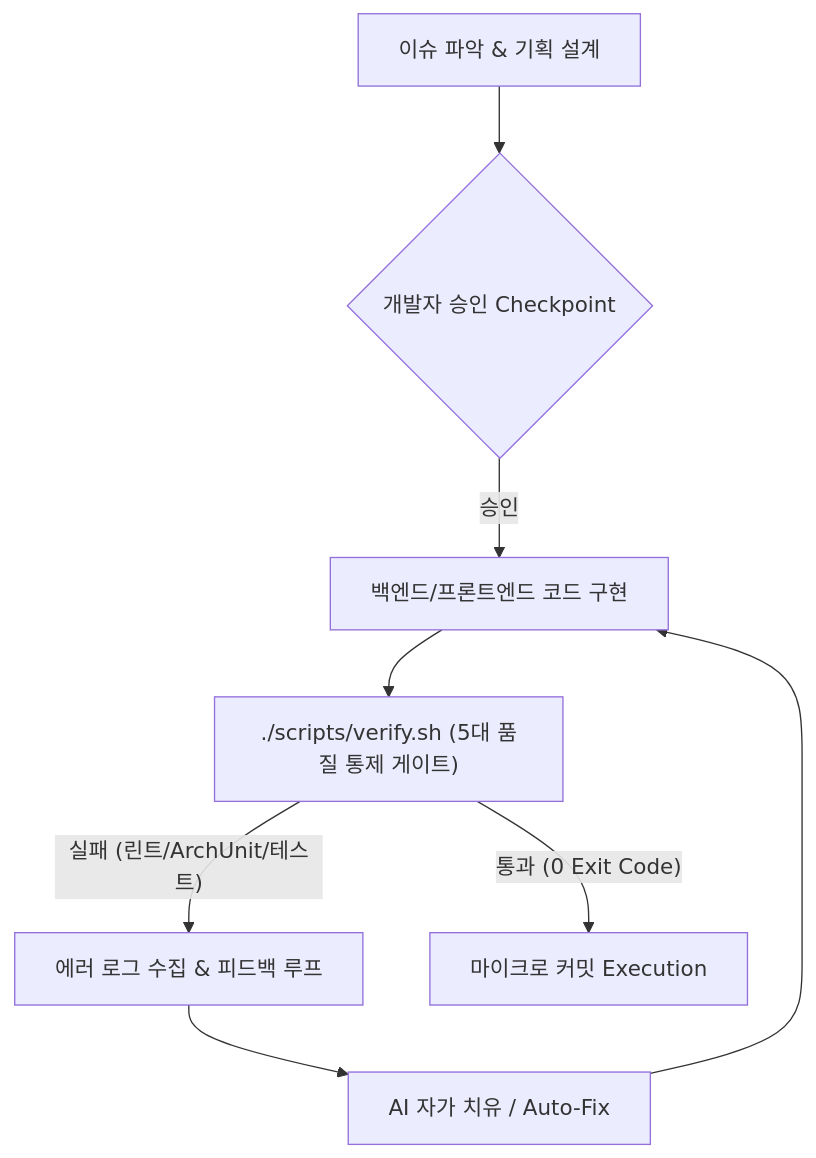
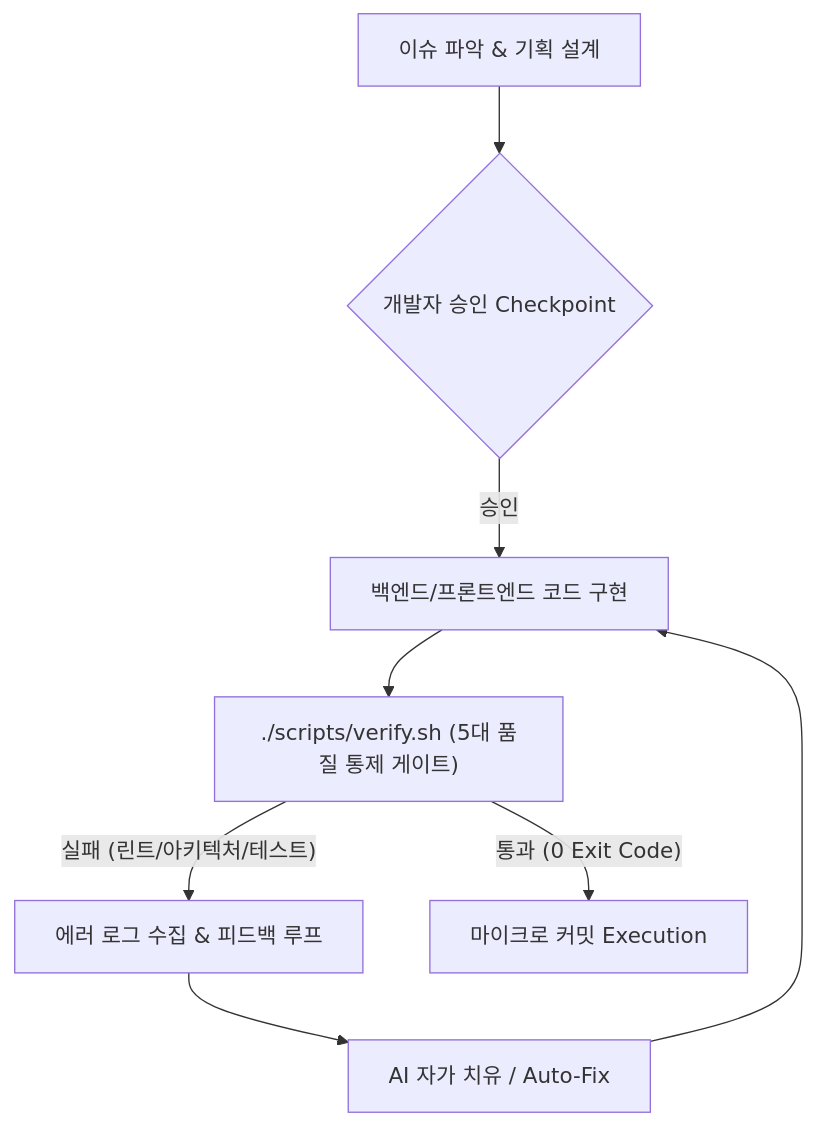
Before and after one commit to ShinhanDSProject/shinhan-delivery: the diagram in docs/presentation/AI-페어-프로그래밍-발표-시나리오-가이드.md, drawn with Mermaid. The commit also changed other lines of this file, not shown here.

````diff
--- a/docs/presentation/AI-페어-프로그래밍-발표-시나리오-가이드.md
+++ b/docs/presentation/AI-페어-프로그래밍-발표-시나리오-가이드.md
@@ -67,10 +67,10 @@
 ```mermaid
 flowchart TD
     Req[이슈 파악 & 기획 설계] --> Approve{개발자 승인 Checkpoint}
     Approve -- 승인 --> CodeImpl[백엔드/프론트엔드 코드 구현]
     CodeImpl --> Harness["./scripts/verify.sh (5대 품질 통제 게이트)"]
-    Harness -- "실패 (린트/ArchUnit/테스트)" --> Feedback[에러 로그 수집 & 피드백 루프]
+    Harness -- "실패 (린트/아키텍처/테스트)" --> Feedback[에러 로그 수집 & 피드백 루프]
     Feedback --> AutoFix[AI 자가 치유 / Auto-Fix]
     AutoFix --> CodeImpl
     Harness -- "통과 (0 Exit Code)" --> MicroCommit[마이크로 커밋 Execution]
 ```
````
